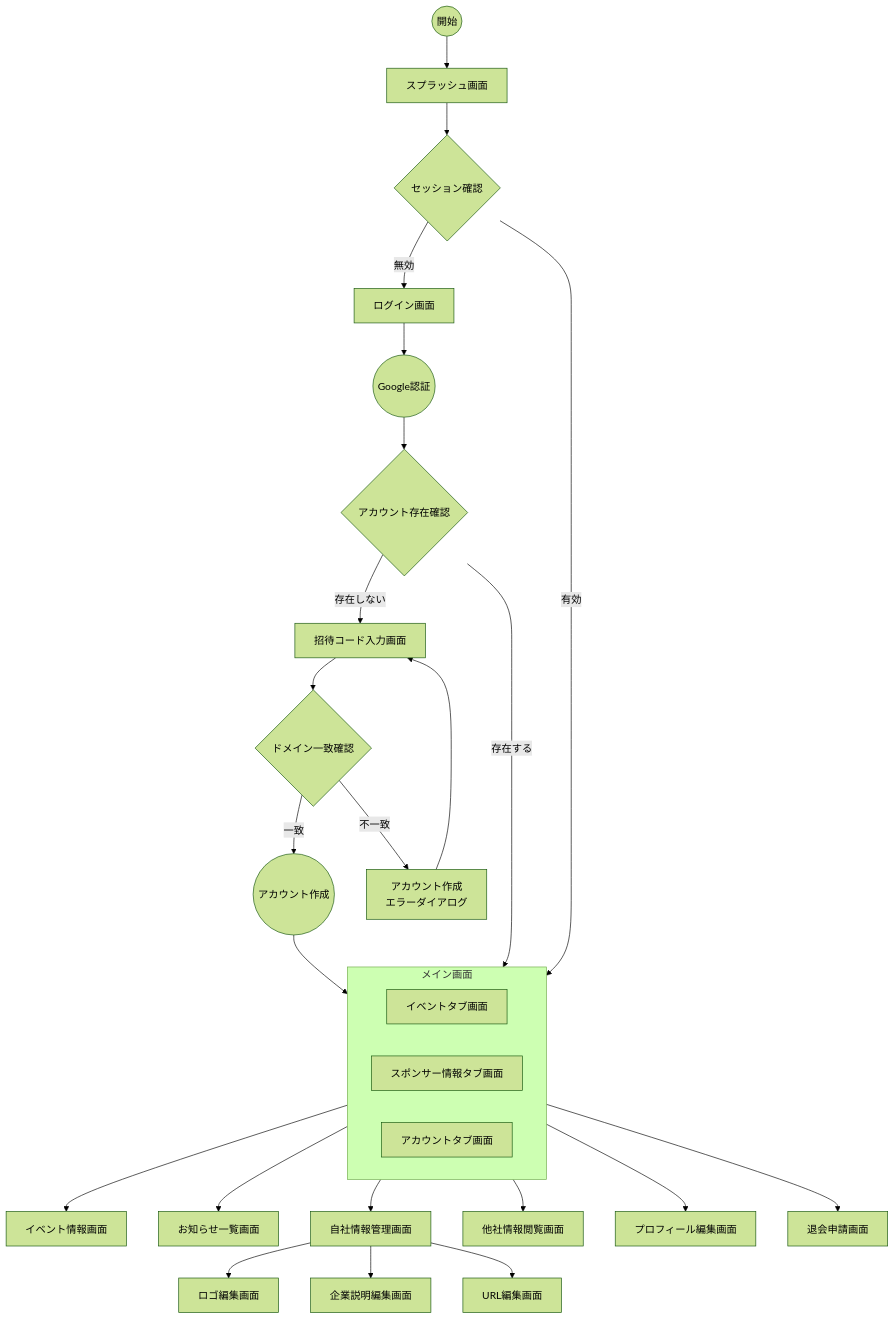
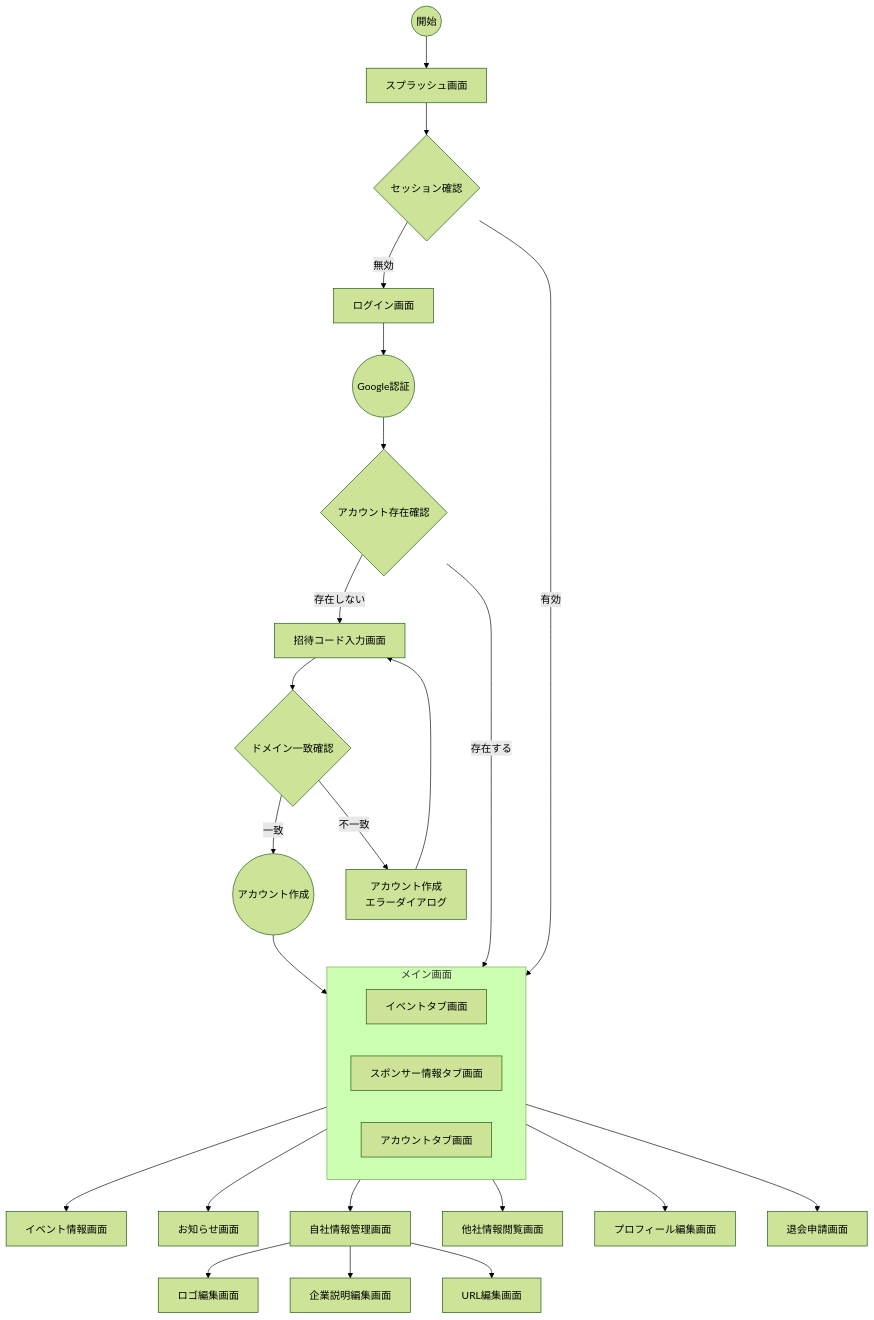
Before and after one commit to FlutterKaigi/2025: the diagram in docs/dashboard/SCREENS.md, drawn with Mermaid (forest theme). The commit also changed other lines of this file, not shown here.

Commit message:
docs: お知らせ一覧画面のお知らせ画面への名称変更

````diff
--- a/docs/dashboard/SCREENS.md
+++ b/docs/dashboard/SCREENS.md
@@ -54,41 +54,41 @@
 ```mermaid
 flowchart TD
     Start((開始)) --> Splash[スプラッシュ画面]
     Splash --> SessionCheck{セッション確認}
     SessionCheck --> |有効| EventTab[イベントタブ画面]
     SessionCheck --> |無効| Login[ログイン画面]
     
     %% 認証フロー
     Login --> GoogleAuth((Google認証))
     GoogleAuth --> AccountCheck{アカウント存在確認}
     AccountCheck --> |存在する| EventTab[イベントタブ画面]
     AccountCheck --> |存在しない| InvitationCode[招待コード入力画面]
     
     %% 新規登録フロー
     InvitationCode --> DomainCheck{ドメイン一致確認}
     DomainCheck --> |一致| CreateAccount((アカウント作成))
     DomainCheck --> |不一致| RegisterError[アカウント作成<br>エラーダイアログ]
     RegisterError --> InvitationCode
     CreateAccount --> EventTab
     
     %% メイン画面のタブ構成
     subgraph Main[メイン画面]
       direction LR
       EventTab[イベントタブ画面]
       SponsorInfo[スポンサー情報タブ画面]
       Account[アカウントタブ画面]
     end
 
     EventTab --> EventInfo[イベント情報画面]
-    EventTab --> News[お知らせ一覧画面]
+    EventTab --> News[お知らせ画面]
     
     SponsorInfo --> OwnInfo[自社情報管理画面]
     SponsorInfo --> OtherInfo[他社情報閲覧画面]
     
     OwnInfo --> LogoEdit[ロゴ編集画面]
     OwnInfo --> DescEdit[企業説明編集画面]
     OwnInfo --> URLEdit[URL編集画面]
     
     Account --> Profile[プロフィール編集画面]
     Account --> Withdrawal[退会申請画面]
 ```
````
